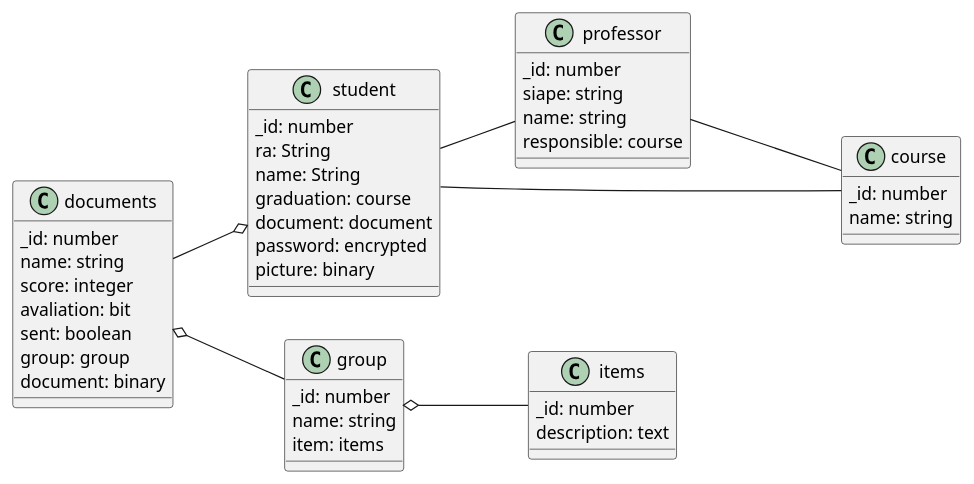
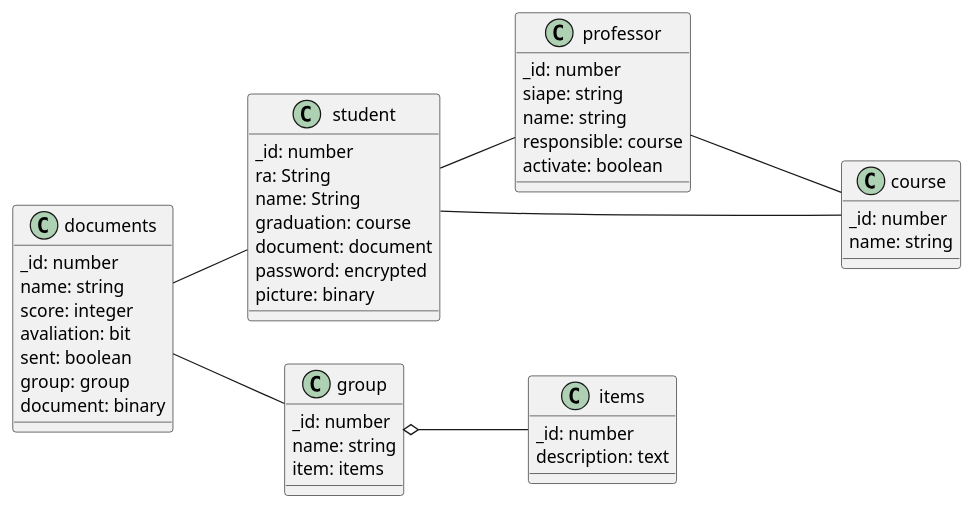
Before and after one commit to rodrigoRolim/CAdiagrams: the diagram in database-modeling/database-modeling.wsd, drawn with PlantUML. The commit also changed 26 other files, not shown here.

```diff
--- a/database-modeling/database-modeling.wsd
+++ b/database-modeling/database-modeling.wsd
@@ -1,46 +1,47 @@
 @startuml
 left to right direction
 class student {
     _id: number
     ra: String
     name: String
     graduation: course
     document: document
     password: encrypted
     picture: binary
 }
 class documents {
     _id: number
     name: string
     score: integer
     avaliation: bit
     sent: boolean
     group: group
     document: binary
 }
 class group {
     _id: number
     name: string
     item: items
 }
 class items {
     _id: number
     description: text 
 }
 class professor {
     _id: number
     siape: string
     name: string
     responsible: course
+    activate: boolean
 }
 class course {
     _id: number
     name: string
 }
-documents o-- group
+documents -- group
 group o-- items
-documents --o student
+documents -- student
 student -- course
 student -- professor
 professor --- course 
 @enduml
```
